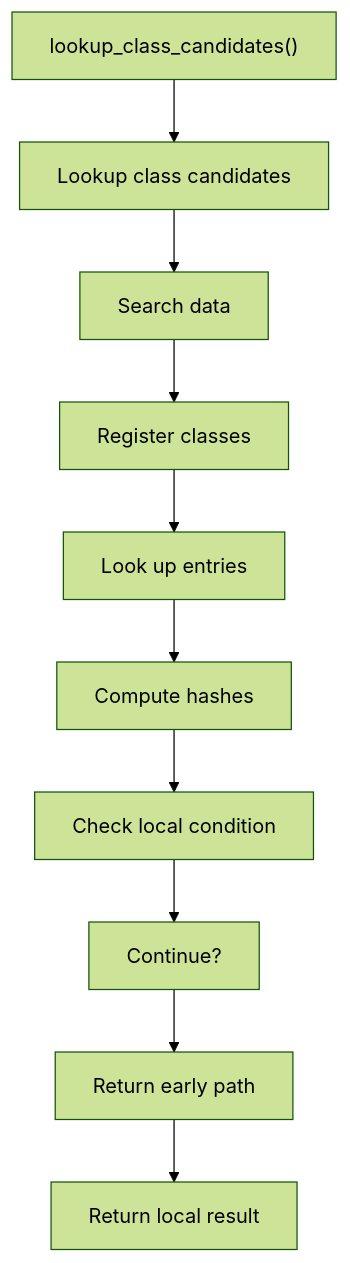
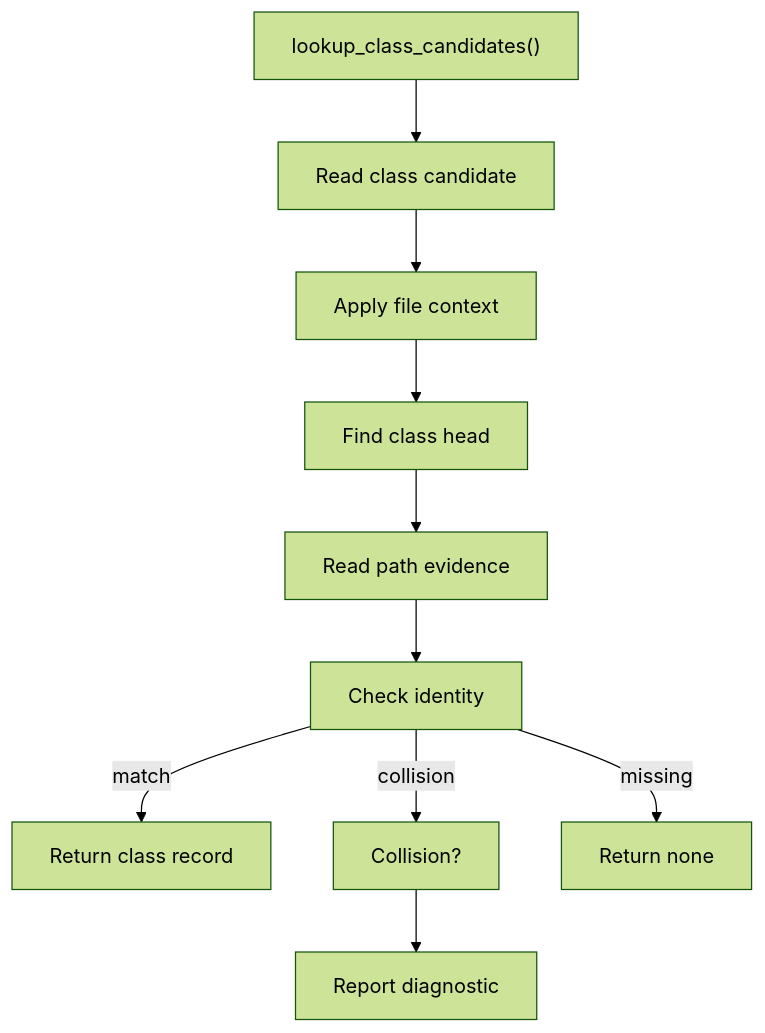
Before and after one commit to JohnAndrewBalbarosa/NeoTerritory: the first of 2 diagrams in docs/Codebase/Microservice/Modules/Source/HashingMechanism/HashLinks/Collect/Flow/functions/lookup_class_candidates.cpp.md, drawn with Mermaid (forest theme). The commit also changed other lines of this file and 147 other files, not shown here.

````diff
--- a/docs/Codebase/Microservice/Modules/Source/HashingMechanism/HashLinks/Collect/Flow/functions/lookup_class_candidates.cpp.md
+++ b/docs/Codebase/Microservice/Modules/Source/HashingMechanism/HashLinks/Collect/Flow/functions/lookup_class_candidates.cpp.md
@@ -27,22 +33,22 @@
 ```mermaid
 flowchart TD
     N0["lookup_class_candidates()"]
-    N1["Lookup class candidates"]
-    N2["Search data"]
-    N3["Register classes"]
-    N4["Look up entries"]
-    N5["Compute hashes"]
-    N6["Check local condition"]
-    N7["Continue?"]
-    N8["Return early path"]
-    N9["Return local result"]
+    N1["Read class candidate"]
+    N2["Apply file context"]
+    N3["Find class head"]
+    N4["Read path evidence"]
+    N5["Check identity"]
+    N6["Return class record"]
+    N7["Collision?"]
+    N8["Report diagnostic"]
+    N9["Return none"]
     N0 --> N1
     N1 --> N2
     N2 --> N3
     N3 --> N4
     N4 --> N5
-    N5 --> N6
-    N6 --> N7
+    N5 -->|match| N6
+    N5 -->|collision| N7
     N7 --> N8
-    N8 --> N9
+    N5 -->|missing| N9
 ```
````
